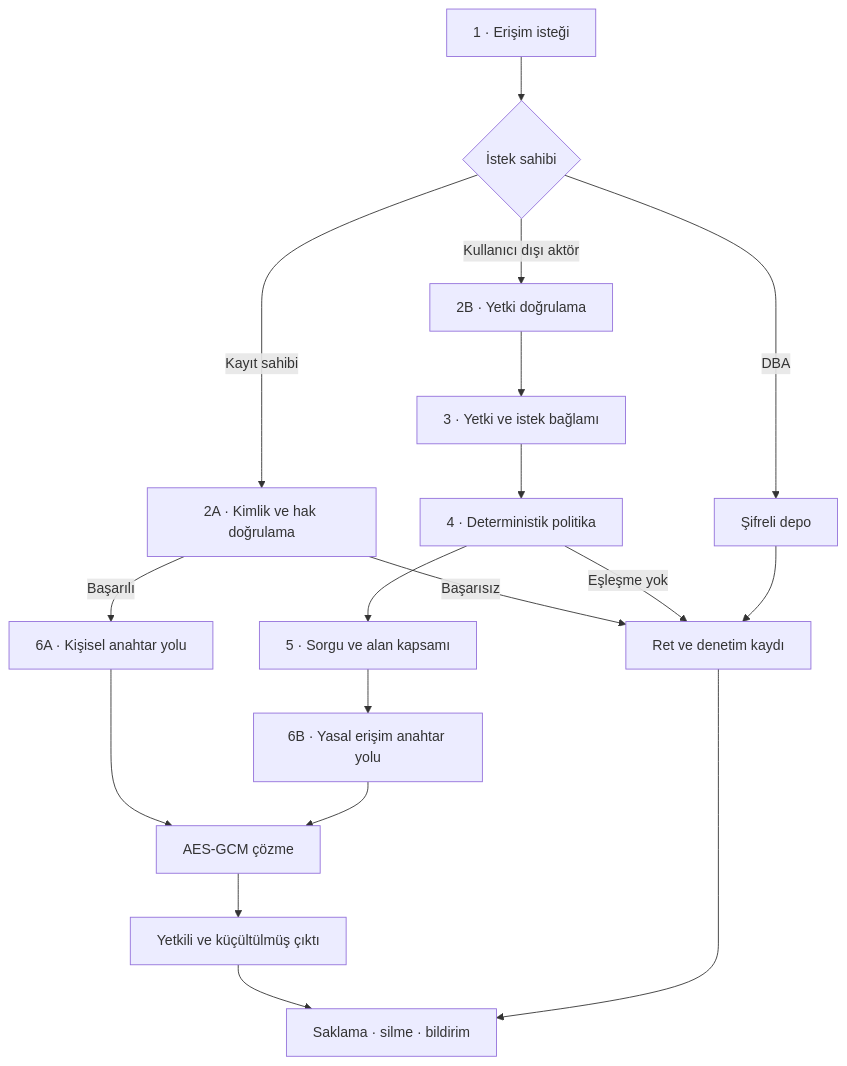
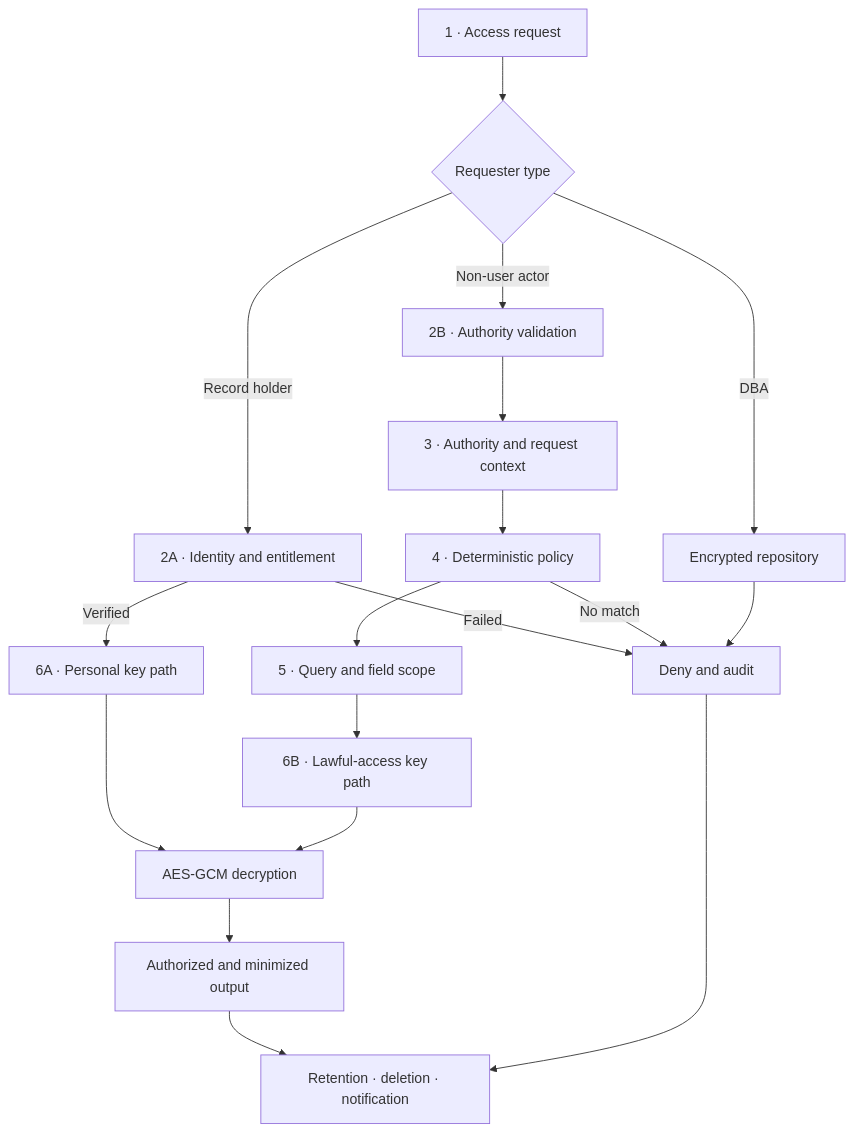
The diagram in README.md (Esatsy/pdr-lab-10), drawn with Mermaid before and after one commit. The commit also changed other lines of this file and 3 other files, not shown here.

````diff
--- a/README.md
+++ b/README.md
@@ -32,24 +34,24 @@
 ```mermaid
 flowchart TD
-    A[1 · Erişim isteği] --> B{İstek sahibi}
+    A[1 · Access request] --> B{Requester type}
 
-    B -->|Kayıt sahibi| C[2A · Kimlik ve hak doğrulama]
-    C -->|Başarılı| D[6A · Kişisel anahtar yolu]
-    C -->|Başarısız| X[Ret ve denetim kaydı]
+    B -->|Record holder| C[2A · Identity and entitlement]
+    C -->|Verified| D[6A · Personal key path]
+    C -->|Failed| X[Deny and audit]
 
-    B -->|Kullanıcı dışı aktör| E[2B · Yetki doğrulama]
-    E --> F[3 · Yetki ve istek bağlamı]
-    F --> G[4 · Deterministik politika]
-    G -->|Eşleşme yok| X
-    G --> H[5 · Sorgu ve alan kapsamı]
-    H --> I[6B · Yasal erişim anahtar yolu]
+    B -->|Non-user actor| E[2B · Authority validation]
+    E --> F[3 · Authority and request context]
+    F --> G[4 · Deterministic policy]
+    G -->|No match| X
+    G --> H[5 · Query and field scope]
+    H --> I[6B · Lawful-access key path]
 
-    B -->|DBA| J[Şifreli depo]
+    B -->|DBA| J[Encrypted repository]
     J --> X
 
-    D --> K[AES-GCM çözme]
+    D --> K[AES-GCM decryption]
     I --> K
-    K --> L[Yetkili ve küçültülmüş çıktı]
-    L --> M[Saklama · silme · bildirim]
+    K --> L[Authorized and minimized output]
+    L --> M[Retention · deletion · notification]
     X --> M
 ```
````
